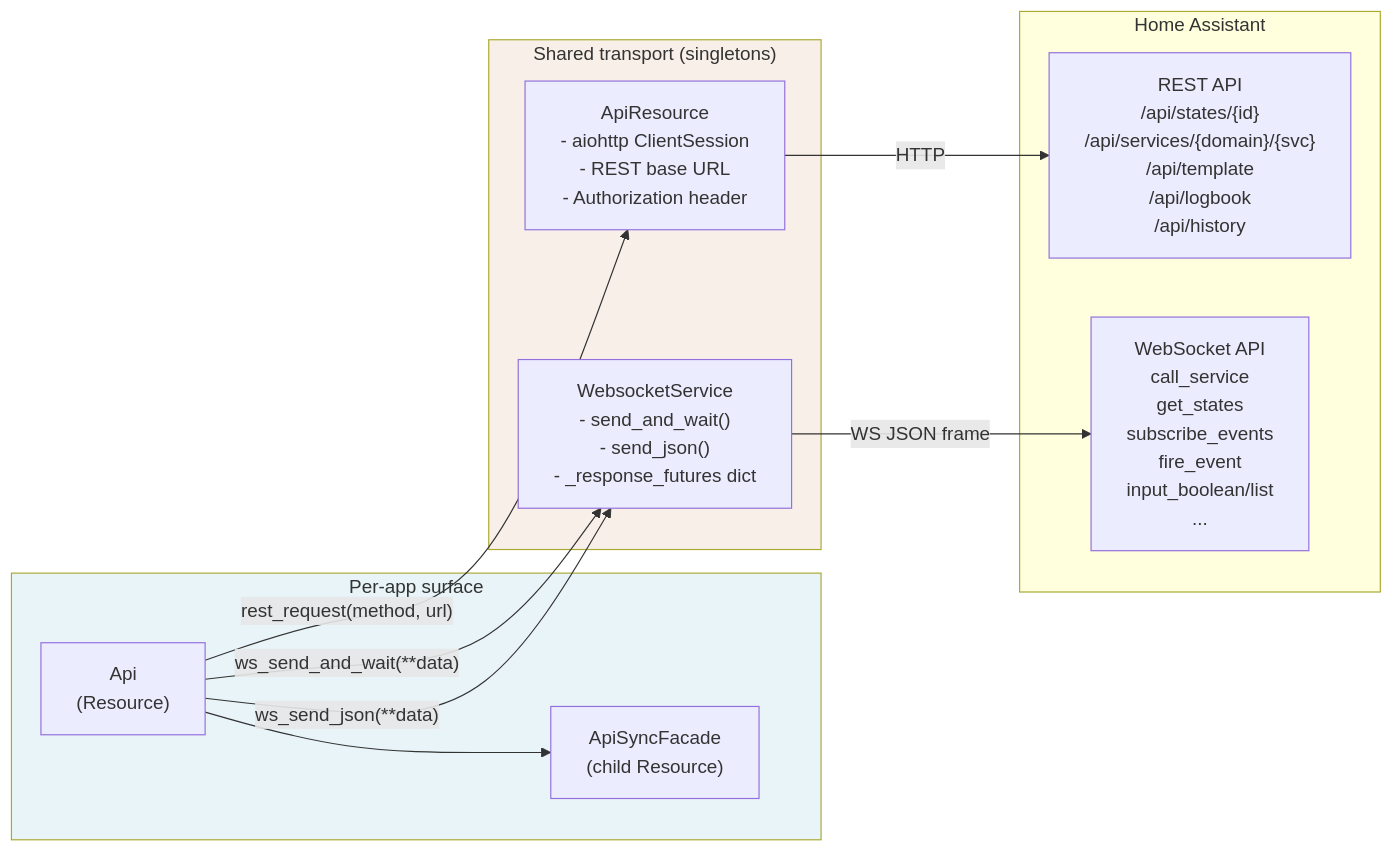
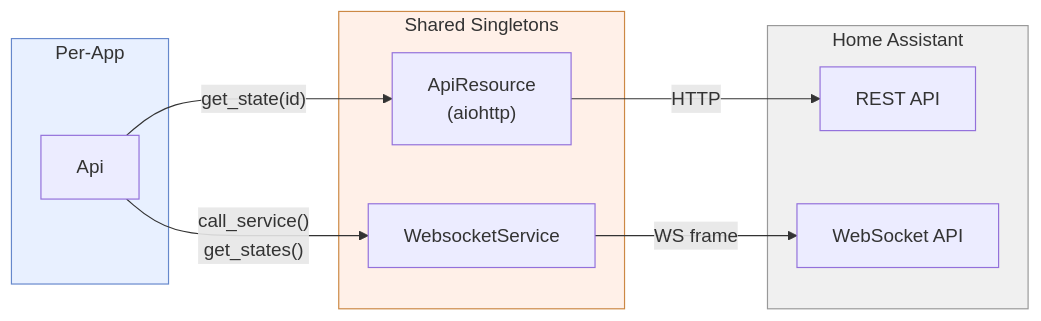
Before and after one commit to NodeJSmith/hassette: the seventh of 10 diagrams in docs/pages/core-concepts/internals.md, drawn with Mermaid. The commit also changed other lines of this file, not shown here.

First line of the commit message:
docs: rework all architecture diagrams for readability

````diff
--- a/docs/pages/core-concepts/internals.md
+++ b/docs/pages/core-concepts/internals.md
@@ -319,30 +319,28 @@
 ```mermaid
 flowchart LR
-    accTitle: Api Subsystem Structure
-    accDescr: How the per-app Api resource delegates to shared transport infrastructure
+    accTitle: Api Transport
+    accDescr: How per-app Api delegates to shared REST and WebSocket transports
 
-    subgraph app["Per-app surface"]
-        API["Api\n(Resource)"]
-        Sync["ApiSyncFacade\n(child Resource)"]
-        API --> Sync
+    subgraph app["Per-App"]
+        Api
     end
 
-    subgraph transport["Shared transport (singletons)"]
-        AR2["ApiResource\n- aiohttp ClientSession\n- REST base URL\n- Authorization header"]
-        WSSrv["WebsocketService\n- send_and_wait()\n- send_json()\n- _response_futures dict"]
+    subgraph transport["Shared Singletons"]
+        AR["ApiResource<br/>(aiohttp)"]
+        WS["WebsocketService"]
     end
 
     subgraph ha["Home Assistant"]
-        REST["REST API\n/api/states/{id}\n/api/services/{domain}/{svc}\n/api/template\n/api/logbook\n/api/history"]
-        WSAPI["WebSocket API\ncall_service\nget_states\nsubscribe_events\nfire_event\ninput_boolean/list\n..."]
+        REST["REST API"]
+        WSAPI["WebSocket API"]
     end
 
-    API -->|"rest_request(method, url)"| AR2
-    API -->|"ws_send_and_wait(**data)"| WSSrv
-    API -->|"ws_send_json(**data)"| WSSrv
-    AR2 -->|"HTTP"| REST
-    WSSrv -->|"WS JSON frame"| WSAPI
+    Api -- "get_state(id)" --> AR
+    Api -- "call_service()<br/>get_states()" --> WS
+    AR -- "HTTP" --> REST
+    WS -- "WS frame" --> WSAPI
 
-    style app fill:#e8f4f8
-    style transport fill:#f8f0e8
+    style app fill:#e8f0ff,stroke:#6688cc
+    style transport fill:#fff0e8,stroke:#cc8844
+    style ha fill:#f0f0f0,stroke:#999
 ```
````
